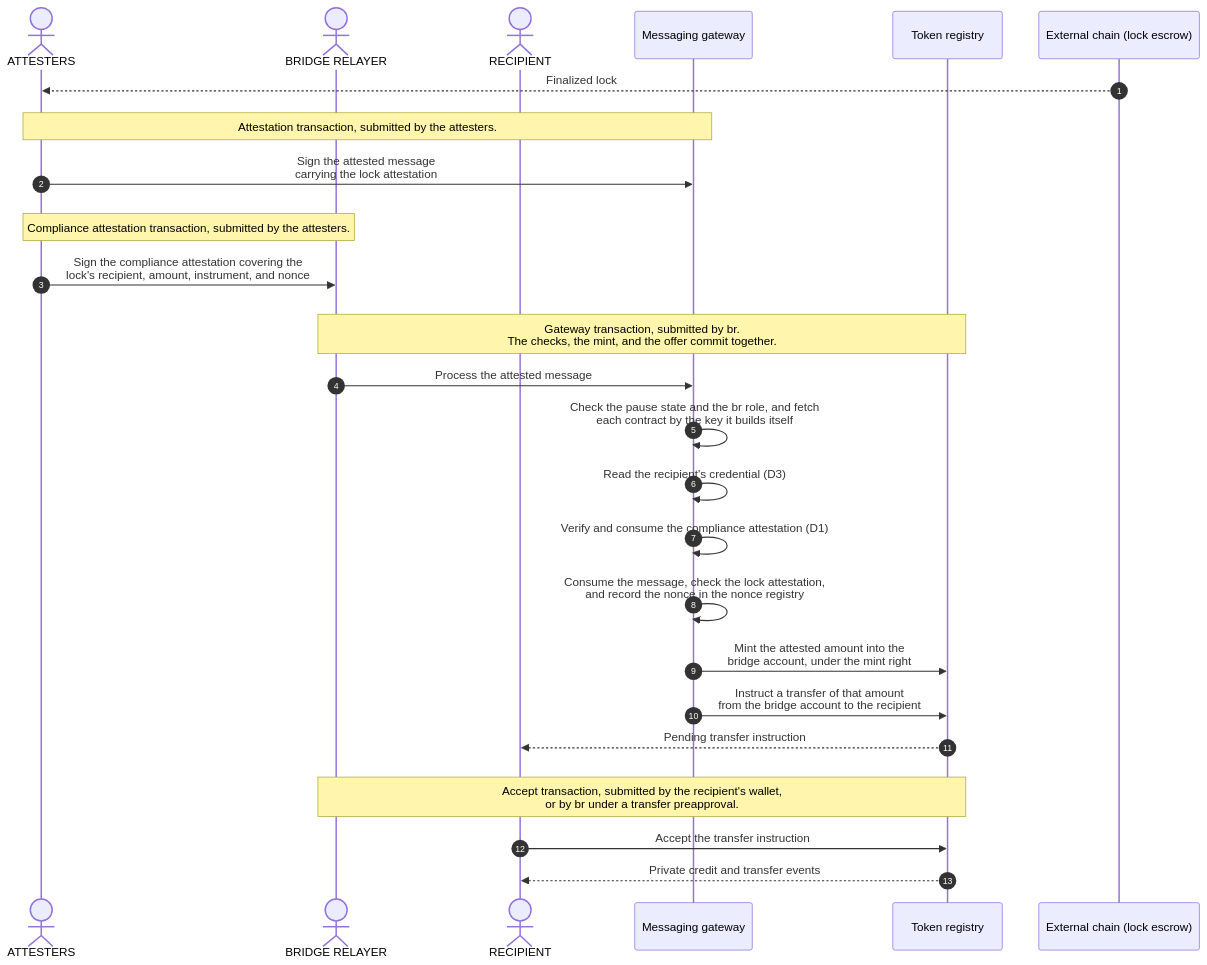
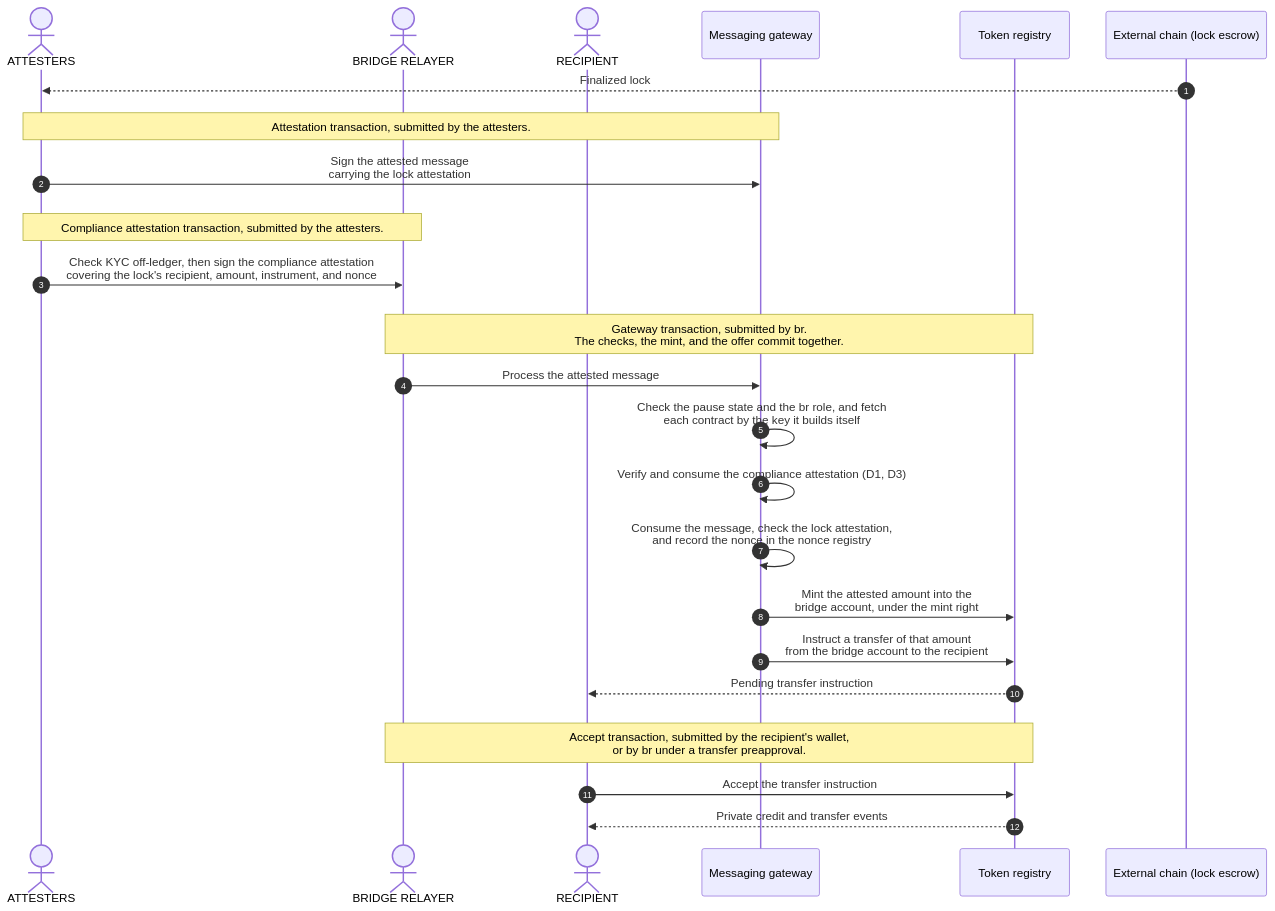
One commit to OpenZeppelin/canton-specs changed the first of 3 diagrams in docs/reference-architectures/cross-chain-stablecoin.md. Above: the diagram before and after it, drawn with Mermaid. The commit also changed other lines of this file, not shown here.

Commit message:
Move D3 KYC into attester backend, gate redemption on compliance, add freeze hold, pause role grant, and D4 handover rules

````diff
--- a/docs/reference-architectures/cross-chain-stablecoin.md
+++ b/docs/reference-architectures/cross-chain-stablecoin.md
@@ -339,36 +329,35 @@
 ```mermaid
 sequenceDiagram
     autonumber
     actor Attesters as ATTESTERS
     actor Relayer as BRIDGE RELAYER
     actor Recipient as RECIPIENT
     participant App as Messaging gateway
     participant Registry as Token registry
     participant Chain as External chain (lock escrow)
 
     Chain-->>Attesters: Finalized lock
     rect rgba(255, 255, 255, .1)
         Note over Attesters,App: Attestation transaction, submitted by the attesters.
         Attesters->>App: Sign the attested message<br/>carrying the lock attestation
     end
     rect rgba(255, 255, 255, .1)
         Note over Attesters,Relayer: Compliance attestation transaction, submitted by the attesters.
-        Attesters->>Relayer: Sign the compliance attestation covering the<br/>lock's recipient, amount, instrument, and nonce
+        Attesters->>Relayer: Check KYC off-ledger, then sign the compliance attestation<br/>covering the lock's recipient, amount, instrument, and nonce
     end
     rect rgba(255, 255, 255, .1)
         Note over Relayer,Registry: Gateway transaction, submitted by br.<br/>The checks, the mint, and the offer commit together.
         Relayer->>App: Process the attested message
         App->>App: Check the pause state and the br role, and fetch<br/>each contract by the key it builds itself
-        App->>App: Read the recipient's credential (D3)
-        App->>App: Verify and consume the compliance attestation (D1)
+        App->>App: Verify and consume the compliance attestation (D1, D3)
         App->>App: Consume the message, check the lock attestation,<br/>and record the nonce in the nonce registry
         App->>Registry: Mint the attested amount into the<br/>bridge account, under the mint right
         App->>Registry: Instruct a transfer of that amount<br/>from the bridge account to the recipient
         Registry-->>Recipient: Pending transfer instruction
     end
     rect rgba(255, 255, 255, .1)
         Note over Relayer,Registry: Accept transaction, submitted by the recipient's wallet,<br/>or by br under a transfer preapproval.
         Recipient->>Registry: Accept the transfer instruction
         Registry-->>Recipient: Private credit and transfer events
     end
 ```
````
